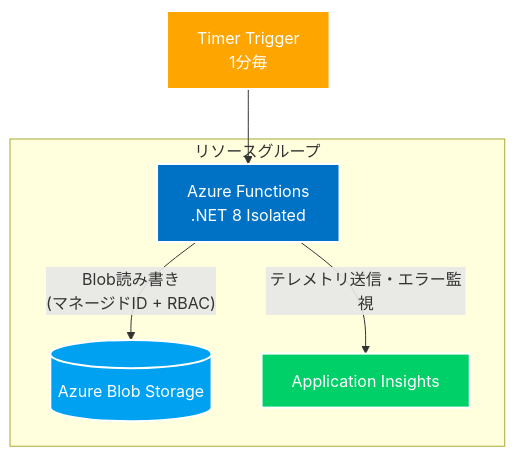
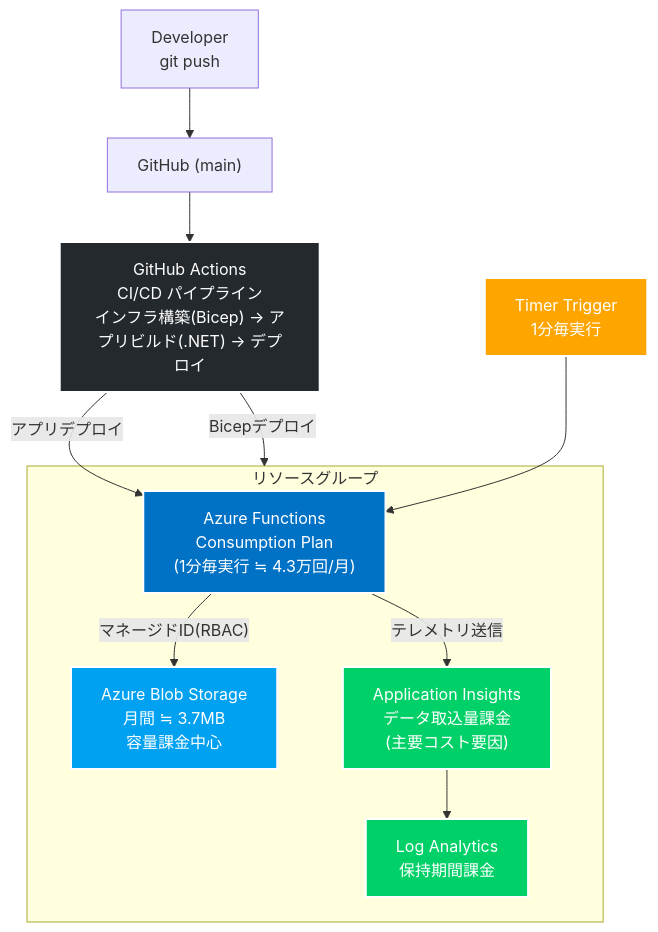
Before and after one commit to kibunnjoujou0525/azure-functions-blob-logger: the diagram in readme.md, drawn with Mermaid. The commit also changed other lines of this file and 2 other files, not shown here.

````diff
--- a/readme.md
+++ b/readme.md
@@ -18,18 +43,39 @@
 ```mermaid
 graph TD
+
+    Dev["Developer<br/>git push"] --> GH["GitHub (main)"]
+
+    GH --> CI["GitHub Actions<br/>CI/CD パイプライン<br/>インフラ構築(Bicep) → アプリビルド(.NET) → デプロイ"]
+
+    CI -->|Bicepデプロイ| Azure_Cloud
+    CI -->|アプリデプロイ| Func
+
     subgraph Azure_Cloud [リソースグループ]
-        Func[Azure Functions<br/>.NET 8 Isolated]
-        Storage[(Azure Blob Storage)]
-        AppIns[Application Insights]
 
-        Func -- "Blob読み書き<br>(マネージドID + RBAC)" --> Storage
-        Func -- "テレメトリ送信・エラー監視" --> AppIns
+        Func["Azure Functions<br/>Consumption Plan<br/>(1分毎実行 ≒ 4.3万回/月)"]
+
+        Storage["Azure Blob Storage<br/>月間 ≒ 3.7MB<br/>容量課金中心"]
+
+        AppIns["Application Insights<br/>データ取込量課金<br/>(主要コスト要因)"]
+
+        LAW["Log Analytics<br/>保持期間課金"]
+
+        Func -- "マネージドID(RBAC)" --> Storage
+        Func -- "テレメトリ送信" --> AppIns
+        AppIns --> LAW
     end
 
-    Trigger[Timer Trigger<br/>1分毎] --> Func
+    Trigger["Timer Trigger<br/>1分毎実行"] --> Func
 
-    style Func fill:#0072C6,stroke:#fff,stroke-width:2px,color:#fff
-    style Storage fill:#00A1F1,stroke:#fff,stroke-width:2px,color:#fff
-    style AppIns fill:#00D068,stroke:#fff,stroke-width:2px,color:#fff
-    style Trigger fill:#FFA500,stroke:#fff,stroke-width:2px,color:#fff
+    classDef azure fill:#0072C6,stroke:#fff,stroke-width:2px,color:#fff
+    classDef storage fill:#00A1F1,stroke:#fff,stroke-width:2px,color:#fff
+    classDef monitor fill:#00D068,stroke:#fff,stroke-width:2px,color:#fff
+    classDef trigger fill:#FFA500,stroke:#fff,stroke-width:2px,color:#fff
+    classDef cicd fill:#24292e,stroke:#fff,stroke-width:2px,color:#fff
+
+    class Func azure
+    class Storage storage
+    class AppIns,LAW monitor
+    class Trigger trigger
+    class CI cicd
 ```
````
